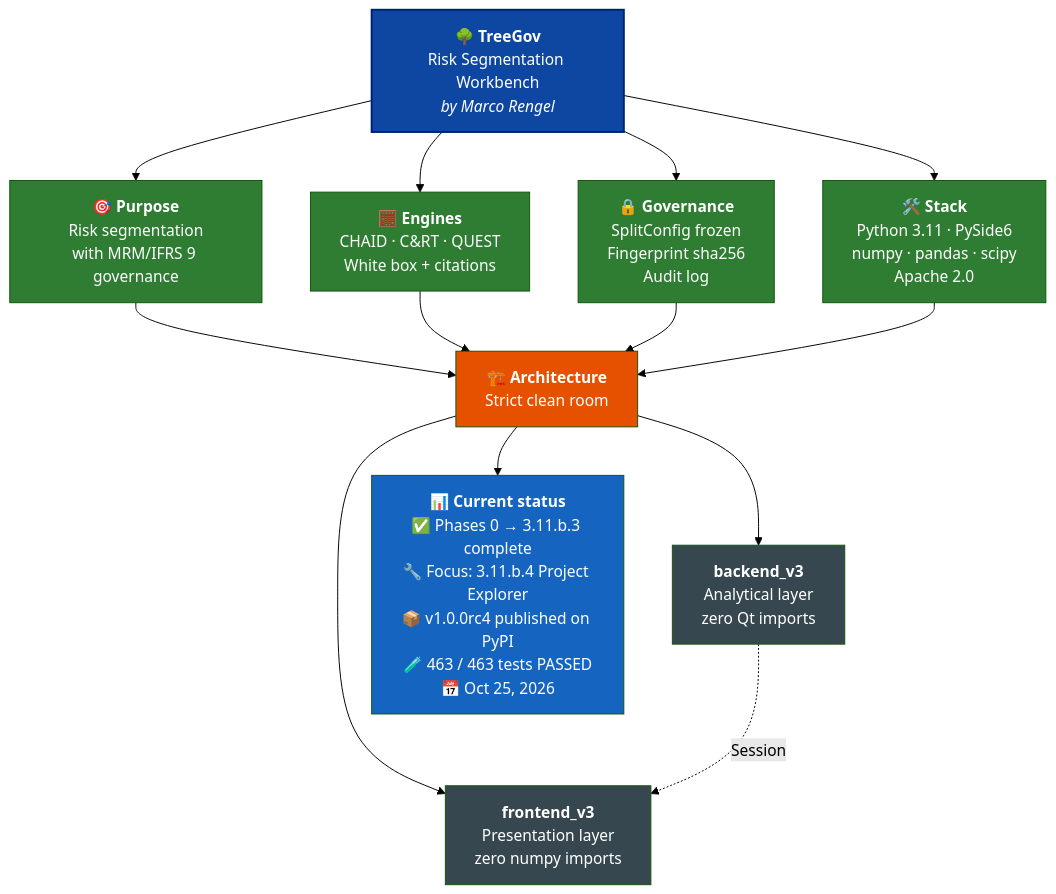
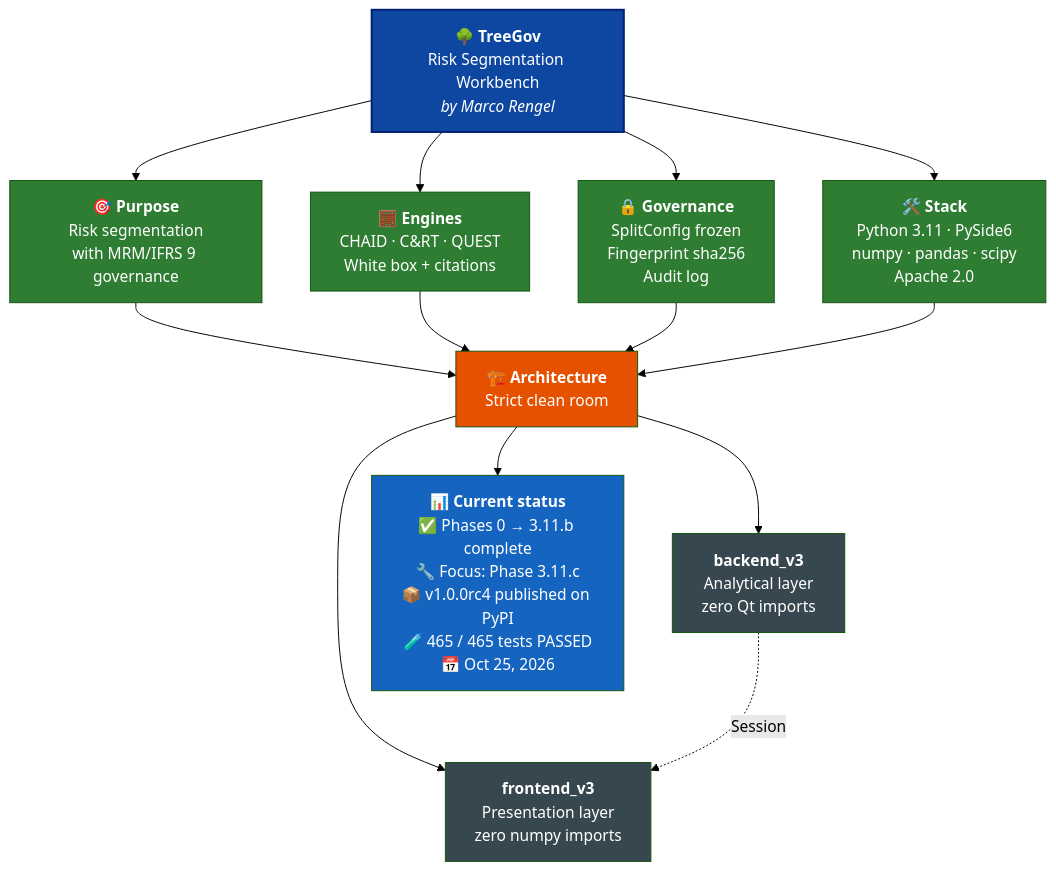
One commit to Marco-Rengel/treegov changed the diagram in README.md. Above: the diagram before and after it, drawn with Mermaid (forest theme). The commit also changed other lines of this file and 6 other files, not shown here.

````diff
--- a/README.md
+++ b/README.md
@@ -38,31 +38,31 @@
 ```mermaid
 flowchart TB
     TG["<b>🌳 TreeGov</b><br/>Risk Segmentation Workbench<br/><i>by Marco Rengel</i>"]
 
     TG --> P["<b>🎯 Purpose</b><br/>Risk segmentation<br/>with MRM/IFRS 9 governance"]
     TG --> M["<b>🧮 Engines</b><br/>CHAID · C&RT · QUEST<br/>White box + citations"]
     TG --> G["<b>🔒 Governance</b><br/>SplitConfig frozen<br/>Fingerprint sha256<br/>Audit log"]
     TG --> S["<b>🛠️ Stack</b><br/>Python 3.11 · PySide6<br/>numpy · pandas · scipy<br/>Apache 2.0"]
 
     P --> ARQ["<b>🏗️ Architecture</b><br/>Strict clean room"]
     M --> ARQ
     G --> ARQ
     S --> ARQ
 
     ARQ --> BE["<b>backend_v3</b><br/>Analytical layer<br/>zero Qt imports"]
     ARQ --> FE["<b>frontend_v3</b><br/>Presentation layer<br/>zero numpy imports"]
 
     BE -.->|Session| FE
 
-    ARQ --> ST["<b>📊 Current status</b><br/>✅ Phases 0 → 3.11.b.3 complete<br/>🔧 Focus: 3.11.b.4 Project Explorer<br/>📦 v1.0.0rc4 published on PyPI<br/>🧪 463 / 463 tests PASSED<br/>📅 Oct 25, 2026"]
+    ARQ --> ST["<b>📊 Current status</b><br/>✅ Phases 0 → 3.11.b complete<br/>🔧 Focus: Phase 3.11.c<br/>📦 v1.0.0rc4 published on PyPI<br/>🧪 465 / 465 tests PASSED<br/>📅 Oct 25, 2026"]
 
     style TG fill:#0D47A1,color:#fff,stroke:#002171,stroke-width:2px
     style P fill:#2E7D32,color:#fff
     style M fill:#2E7D32,color:#fff
     style G fill:#2E7D32,color:#fff
     style S fill:#2E7D32,color:#fff
     style ARQ fill:#E65100,color:#fff
     style BE fill:#37474F,color:#fff
     style FE fill:#37474F,color:#fff
     style ST fill:#1565C0,color:#fff
 ```
````
